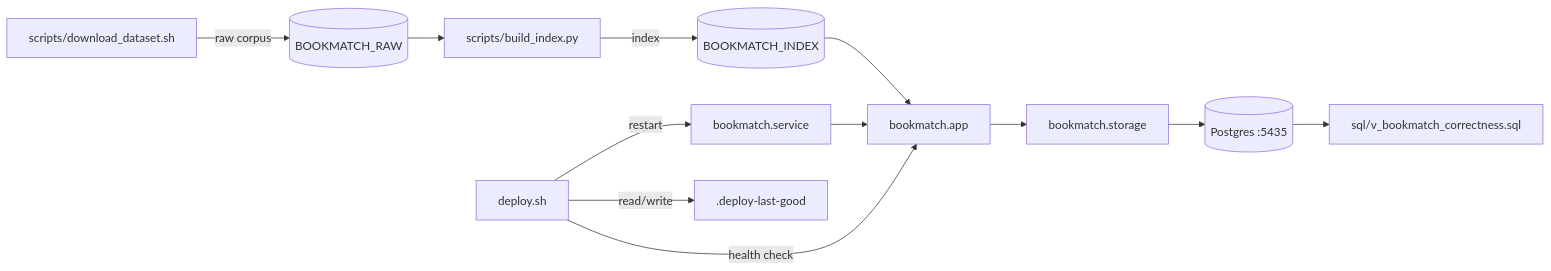
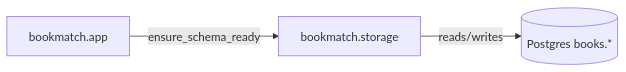
One commit to cptntrps/bookmatch changed the diagram in docs/2_SYSTEM_ARCHITECTURE.md. Above: the diagram before and after it, drawn with Mermaid. The commit also changed other lines of this file and 5 other files, not shown here.

````diff
--- a/docs/2_SYSTEM_ARCHITECTURE.md
+++ b/docs/2_SYSTEM_ARCHITECTURE.md
@@ -59,14 +42,5 @@
 ```mermaid
 graph LR
-    download[scripts/download_dataset.sh] -->|raw corpus| raw[(BOOKMATCH_RAW)]
-    raw --> build[scripts/build_index.py]
-    build -->|index| index[(BOOKMATCH_INDEX)]
-    index --> app[bookmatch.app]
-    app --> storage[bookmatch.storage]
-    storage --> pg[(Postgres :5435)]
-    pg --> correctness[sql/v_bookmatch_correctness.sql]
-    deploy[deploy.sh] -->|restart| service[bookmatch.service]
-    service --> app
-    deploy -->|health check| app
-    deploy -->|read/write| last_good[.deploy-last-good]
+    app[bookmatch.app] -->|ensure_schema_ready| storage[bookmatch.storage]
+    storage -->|reads/writes| pg[(Postgres books.*)]
 ```
````
